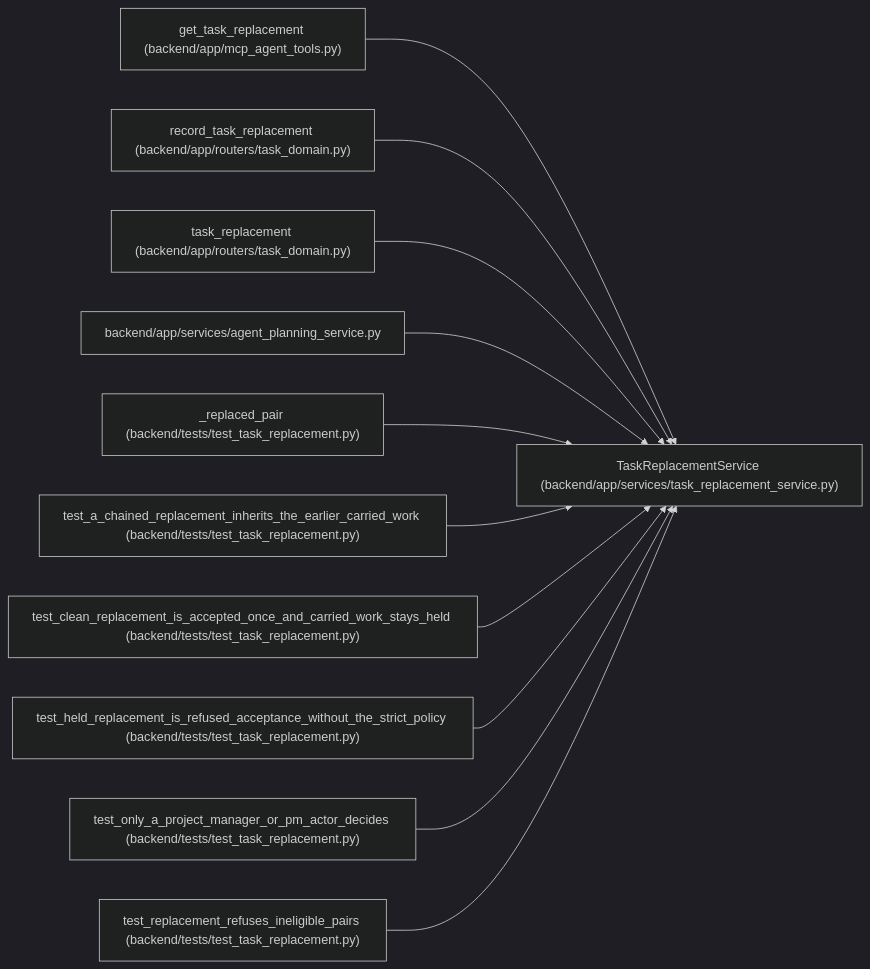
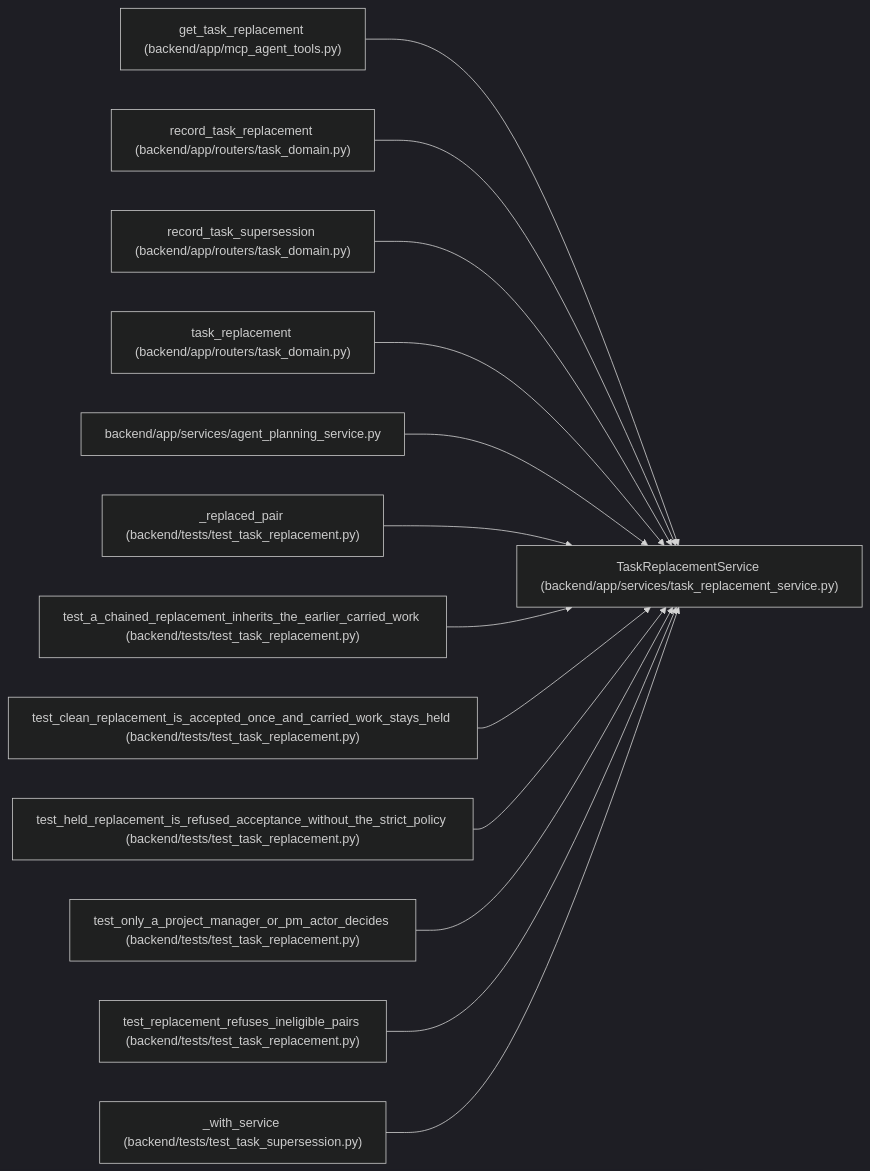
One commit to Denissvgn/WorkChord changed the diagram in docs/llm_wiki/entities/TaskReplacementService.md. Above: the diagram before and after it, drawn with Mermaid (dark theme). The commit also changed other lines of this file and 693 other files, not shown here.

Commit message:
Sync the architectural wiki for superseding work with an accepted successor

````diff
--- a/docs/llm_wiki/entities/TaskReplacementService.md
+++ b/docs/llm_wiki/entities/TaskReplacementService.md
@@ -32,35 +38,41 @@
 ```mermaid
 flowchart LR
     n0["TaskReplacementService (backend/app/services/task_replacement_service.py)"]
     n1["get_task_replacement (backend/app/mcp_agent_tools.py)"]
     n2["record_task_replacement (backend/app/routers/task_domain.py)"]
-    n3["task_replacement (backend/app/routers/task_domain.py)"]
-    n4["backend/app/services/agent_planning_service.py"]
-    n5["_replaced_pair (backend/tests/test_task_replacement.py)"]
-    n6["test_a_chained_replacement_inherits_the_earlier_carried_work (backend/tests/test_task_replacement.py)"]
-    n7["test_clean_replacement_is_accepted_once_and_carried_work_stays_held (backend/tests/test_task_replacement.py)"]
-    n8["test_held_replacement_is_refused_acceptance_without_the_strict_policy (backend/tests/test_task_replacement.py)"]
-    n9["test_only_a_project_manager_or_pm_actor_decides (backend/tests/test_task_replacement.py)"]
-    n10["test_replacement_refuses_ineligible_pairs (backend/tests/test_task_replacement.py)"]
+    n3["record_task_supersession (backend/app/routers/task_domain.py)"]
+    n4["task_replacement (backend/app/routers/task_domain.py)"]
+    n5["backend/app/services/agent_planning_service.py"]
+    n6["_replaced_pair (backend/tests/test_task_replacement.py)"]
+    n7["test_a_chained_replacement_inherits_the_earlier_carried_work (backend/tests/test_task_replacement.py)"]
+    n8["test_clean_replacement_is_accepted_once_and_carried_work_stays_held (backend/tests/test_task_replacement.py)"]
+    n9["test_held_replacement_is_refused_acceptance_without_the_strict_policy (backend/tests/test_task_replacement.py)"]
+    n10["test_only_a_project_manager_or_pm_actor_decides (backend/tests/test_task_replacement.py)"]
+    n11["test_replacement_refuses_ineligible_pairs (backend/tests/test_task_replacement.py)"]
+    n12["_with_service (backend/tests/test_task_supersession.py)"]
     n1 --> n0
     n2 --> n0
     n3 --> n0
     n4 --> n0
     n5 --> n0
     n6 --> n0
     n7 --> n0
     n8 --> n0
     n9 --> n0
     n10 --> n0
+    n11 --> n0
+    n12 --> n0
     click n0 "../modules/task_replacement_service.md"
     click n1 "../modules/mcp_agent_tools.md"
     click n2 "../modules/routers_task_domain.md"
     click n3 "../modules/routers_task_domain.md"
-    click n4 "../modules/agent_planning_service.md"
-    click n5 "../modules/test_task_replacement.md"
+    click n4 "../modules/routers_task_domain.md"
+    click n5 "../modules/agent_planning_service.md"
     click n6 "../modules/test_task_replacement.md"
     click n7 "../modules/test_task_replacement.md"
     click n8 "../modules/test_task_replacement.md"
     click n9 "../modules/test_task_replacement.md"
     click n10 "../modules/test_task_replacement.md"
+    click n11 "../modules/test_task_replacement.md"
+    click n12 "../modules/test_task_supersession.md"
 ```
````
